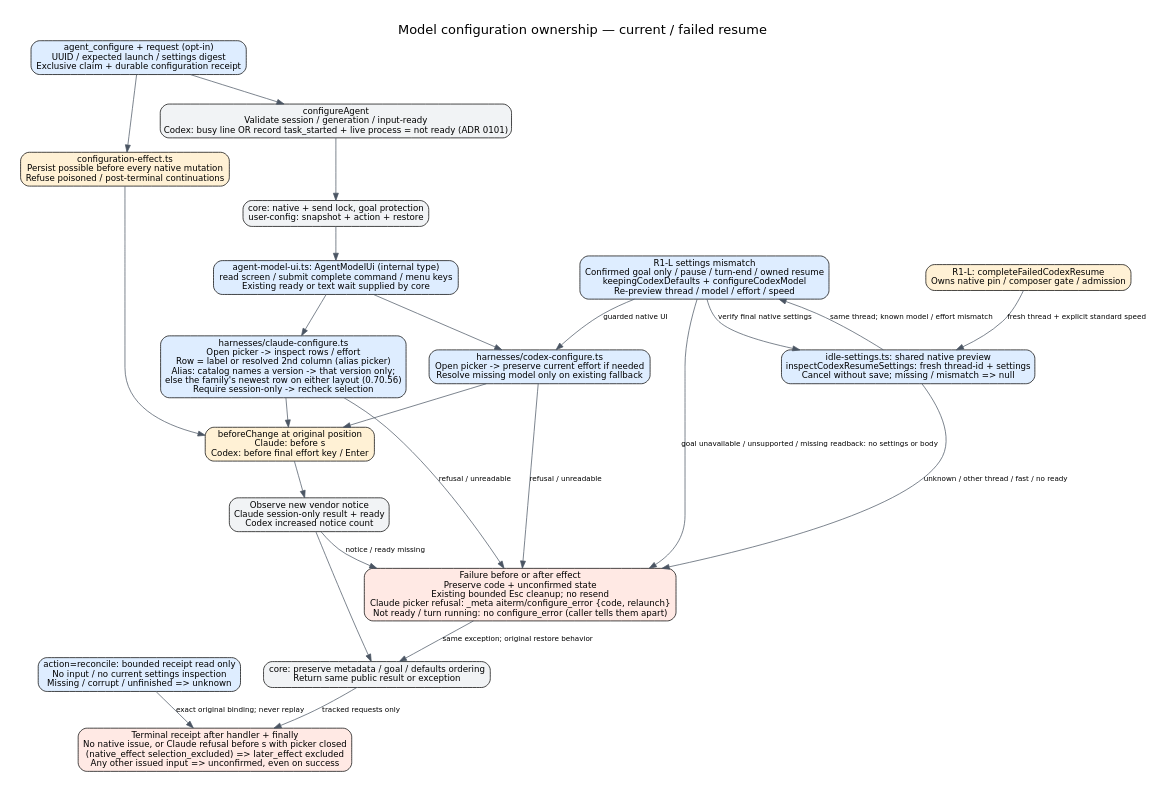
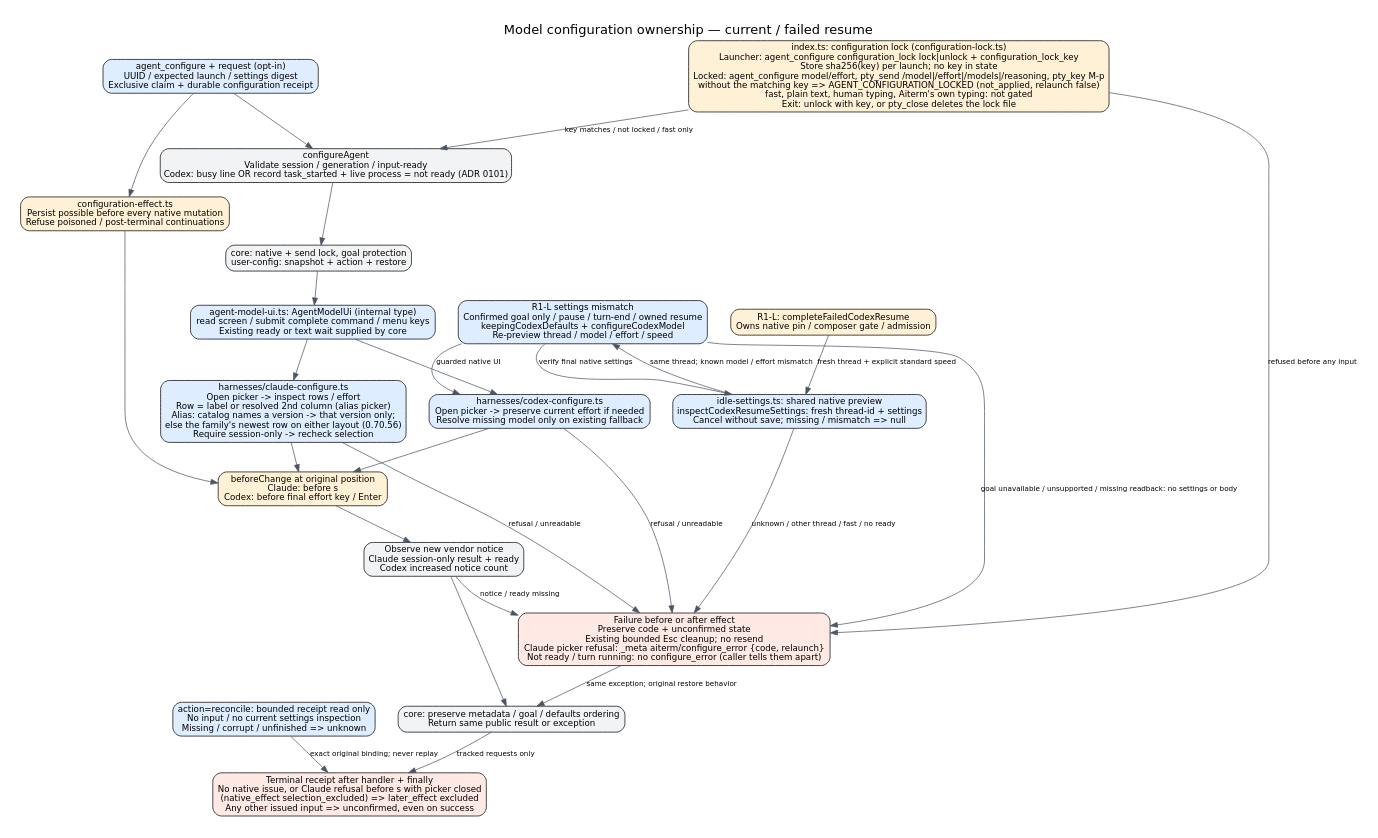
Before and after one commit to kitepon/aiterm-mcp: the diagram in docs/architecture/model-configuration.dot, drawn with Graphviz. The commit also changed 8 other files, not shown here.

First line of the commit message:
Let a launcher lock a seat's model and effort against AI tool calls

```diff
--- a/docs/architecture/model-configuration.dot
+++ b/docs/architecture/model-configuration.dot
@@ -1,47 +1,50 @@
 digraph configuration {
  graph [rankdir=TB,bgcolor="white",pad=0.3,nodesep=0.45,ranksep=0.55,fontname="DejaVu Sans",fontsize=18,label="Model configuration ownership — current / failed resume",labelloc=t];
  node [shape=box,style="rounded,filled",fillcolor="#f1f3f5",fontname="DejaVu Sans",fontsize=12];
  edge [fontname="DejaVu Sans",fontsize=10,color="#4b5563"];
  request [label="configureAgent\nValidate session / generation / input-ready\nCodex: busy line OR record task_started + live process = not ready (ADR 0101)"];
  tracked [label="agent_configure + request (opt-in)\nUUID / expected launch / settings digest\nExclusive claim + durable configuration receipt",fillcolor="#deedff"];
  effect_guard [label="configuration-effect.ts\nPersist possible before every native mutation\nRefuse poisoned / post-terminal continuations",fillcolor="#fff1d5"];
  reconcile [label="action=reconcile: bounded receipt read only\nNo input / no current settings inspection\nMissing / corrupt / unfinished => unknown",fillcolor="#deedff"];
  receipt [label="Terminal receipt after handler + finally\nNo native issue, or Claude refusal before s with picker closed\n(native_effect selection_excluded) => later_effect excluded\nAny other issued input => unconfirmed, even on success",fillcolor="#ffe9e4"];
  tracked -> request;
  tracked -> effect_guard;
  effect_guard -> sideeffect;
  result -> receipt [label="tracked requests only"];
  reconcile -> receipt [label="exact original binding; never replay"];
  lock [label="core: native + send lock, goal protection\nuser-config: snapshot + action + restore"];
  port [label="agent-model-ui.ts: AgentModelUi (internal type)\nread screen / submit complete command / menu keys\nExisting ready or text wait supplied by core",fillcolor="#deedff"];
  claude [label="harnesses/claude-configure.ts\nOpen picker -> inspect rows / effort\nRow = label or resolved 2nd column (alias picker)\nAlias: catalog names a version -> that version only;\nelse the family's newest row on either layout (0.70.56)\nRequire session-only -> recheck selection",fillcolor="#deedff"];
  codex [label="harnesses/codex-configure.ts\nOpen picker -> preserve current effort if needed\nResolve missing model only on existing fallback",fillcolor="#deedff"];
  sideeffect [label="beforeChange at original position\nClaude: before s\nCodex: before final effort key / Enter",fillcolor="#fff1d5"];
  observe [label="Observe new vendor notice\nClaude session-only result + ready\nCodex increased notice count"];
  result [label="core: preserve metadata / goal / defaults ordering\nReturn same public result or exception"];
  failure [label="Failure before or after effect\nPreserve code + unconfirmed state\nExisting bounded Esc cleanup; no resend\nClaude picker refusal: _meta aiterm/configure_error {code, relaunch}\nNot ready / turn running: no configure_error (caller tells them apart)",fillcolor="#ffe9e4"];
  preview [label="idle-settings.ts: shared native preview\ninspectCodexResumeSettings: fresh thread-id + settings\nCancel without save; missing / mismatch => null",fillcolor="#deedff"];
  repair [label="R1-L: completeFailedCodexResume\nOwns native pin / composer gate / admission",style="rounded,filled",fillcolor="#fff1d5"];
  repair -> preview [label="fresh thread + explicit standard speed"];
  restore_resume [label="R1-L settings mismatch
 Confirmed goal only / pause / turn-end / owned resume
 keepingCodexDefaults + configureCodexModel
 Re-preview thread / model / effort / speed",fillcolor="#deedff"];
  preview -> restore_resume [label="same thread; known model / effort mismatch"];
  restore_resume -> codex [label="guarded native UI"];
  restore_resume -> failure [label="goal unavailable / unsupported / missing readback: no settings or body"];
  restore_resume -> preview [label="verify final native settings"];
  preview -> failure [label="unknown / other thread / fast / no ready"];
+ lockgate [label="index.ts: configuration lock (configuration-lock.ts)\nLauncher: agent_configure configuration_lock lock|unlock + configuration_lock_key\nStore sha256(key) per launch; no key in state\nLocked: agent_configure model/effort, pty_send /model|/effort|/models|/reasoning, pty_key M-p\nwithout the matching key => AGENT_CONFIGURATION_LOCKED (not_applied, relaunch false)\nfast, plain text, human typing, Aiterm's own typing: not gated\nExit: unlock with key, or pty_close deletes the lock file",fillcolor="#fff1d5"];
+ lockgate -> request [label="key matches / not locked / fast only"];
+ lockgate -> failure [label="refused before any input"];
  request -> lock;
  lock -> port;
  port -> claude;
  port -> codex;
  claude -> sideeffect;
  codex -> sideeffect;
  sideeffect -> observe;
  observe -> result;
  claude -> failure [label="refusal / unreadable"];
  codex -> failure [label="refusal / unreadable"];
  observe -> failure [label="notice / ready missing"];
  failure -> result [label="same exception; original restore behavior"];
 }
```
